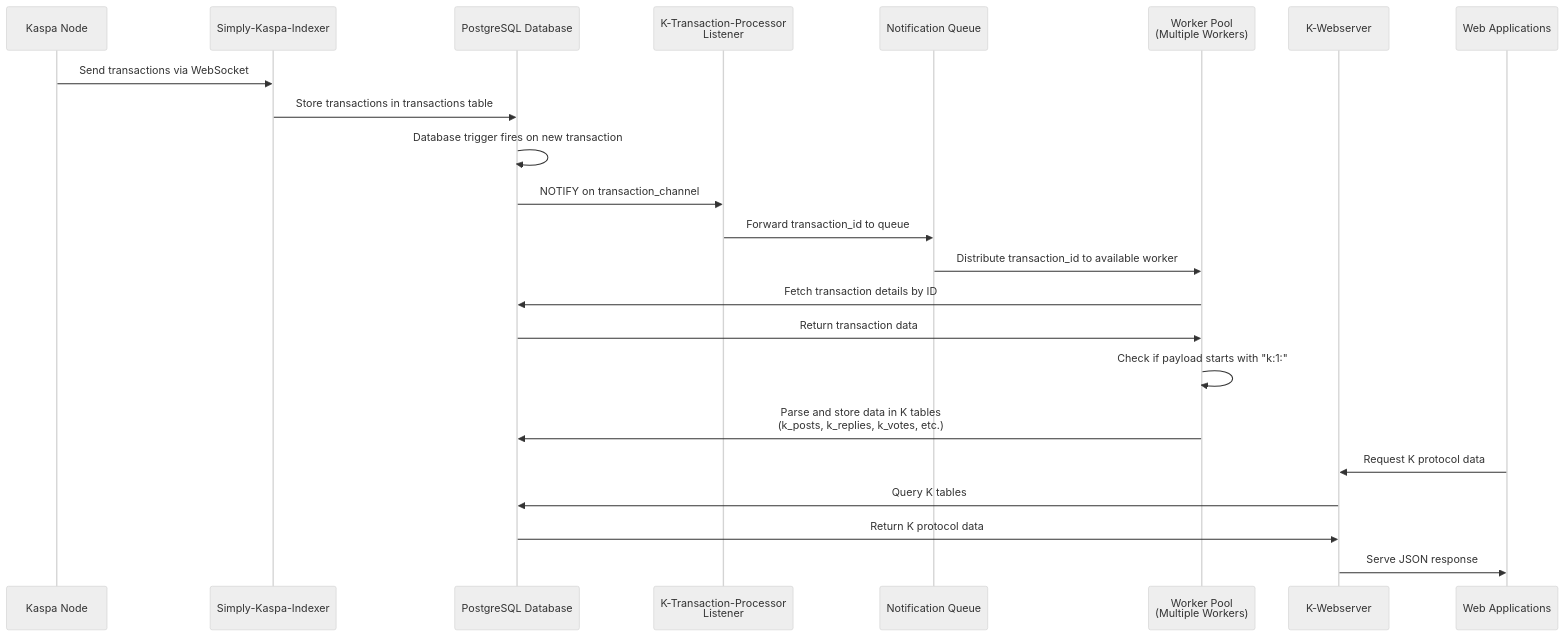
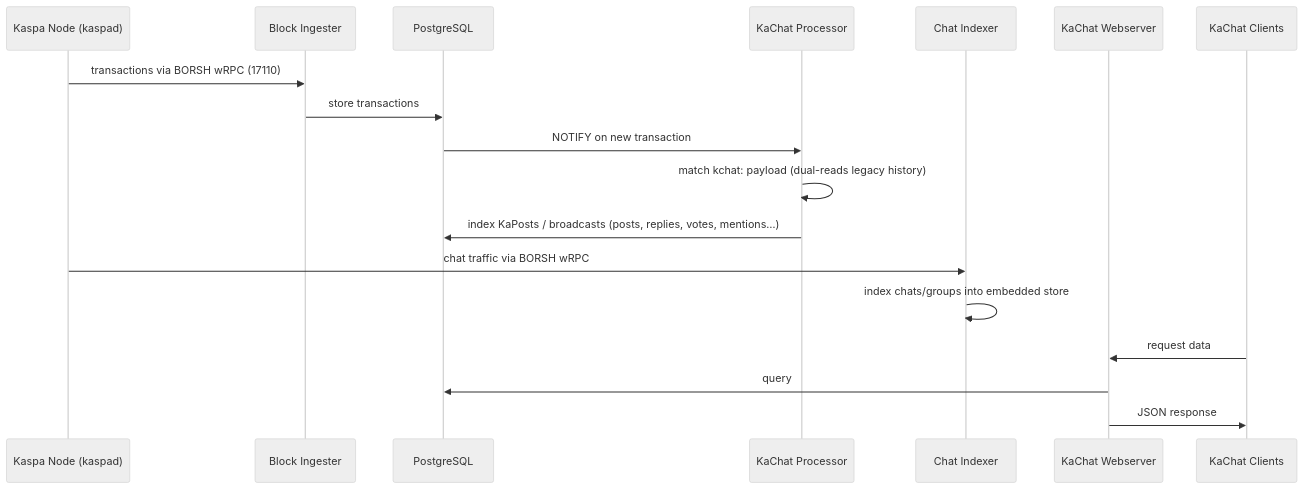
One commit to KaspaSilver/KaChat-Indexer changed the diagram in README.md. Above: the diagram before and after it, drawn with Mermaid (neutral theme). The commit also changed other lines of this file and 4 other files, not shown here.

First line of the commit message:
README + one-command self-host installer (bundled Kaspa node)

````diff
--- a/README.md
+++ b/README.md
@@ -39,29 +127,21 @@
 ```mermaid
 sequenceDiagram
-    participant KN as Kaspa Node
-    participant SKI as Simply-Kaspa-Indexer
-    participant DB as PostgreSQL Database
-    participant NL as K-Transaction-Processor<br/>Listener
-    participant NQ as Notification Queue
-    participant WP as Worker Pool<br/>(Multiple Workers)
-    participant WS as K-Webserver
-    participant API as Web Applications
+    participant KN as Kaspa Node (kaspad)
+    participant SKI as Block Ingester
+    participant DB as PostgreSQL
+    participant PR as KaChat Processor
+    participant CH as Chat Indexer
+    participant WS as KaChat Webserver
+    participant APP as KaChat Clients
 
-    KN->>SKI: Send transactions via WebSocket
-    SKI->>DB: Store transactions in transactions table
-    DB->>DB: Database trigger fires on new transaction
-    DB->>NL: NOTIFY on transaction_channel
-    NL->>NQ: Forward transaction_id to queue
-    NQ->>WP: Distribute transaction_id to available worker
-    
-    WP->>DB: Fetch transaction details by ID
-    DB->>WP: Return transaction data
-    WP->>WP: Check if payload starts with "k:1:"
-    
-    WP->>DB: Parse and store data in K tables<br/>(k_posts, k_replies, k_votes, etc.)
-    
-    API->>WS: Request K protocol data
-    WS->>DB: Query K tables
-    DB->>WS: Return K protocol data
-    WS->>API: Serve JSON response
+    KN->>SKI: transactions via BORSH wRPC (17110)
+    SKI->>DB: store transactions
+    DB->>PR: NOTIFY on new transaction
+    PR->>PR: match kchat: payload (dual-reads legacy history)
+    PR->>DB: index KaPosts / broadcasts (posts, replies, votes, mentions…)
+    KN->>CH: chat traffic via BORSH wRPC
+    CH->>CH: index chats/groups into embedded store
+    APP->>WS: request data
+    WS->>DB: query
+    WS->>APP: JSON response
 ```
````
